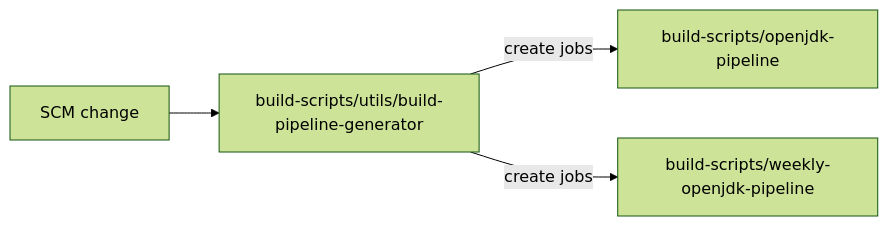
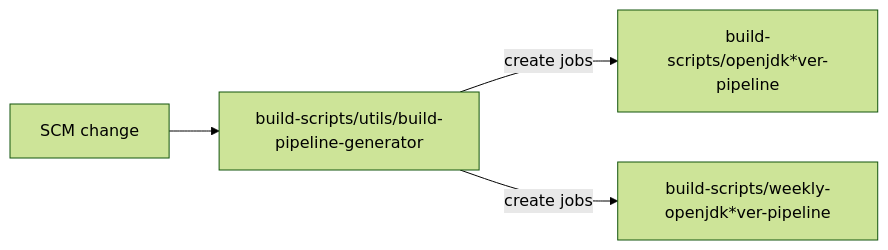
One commit to adoptium/ci-jenkins-pipelines changed the first of 9 diagrams in docs/diagram.md. Above: the diagram before and after it, drawn with Mermaid (forest theme). The commit also changed other lines of this file and 1 other file, not shown here.

````diff
--- a/docs/diagram.md
+++ b/docs/diagram.md
@@ -5,6 +5,6 @@
 ```mermaid
 flowchart  LR  
 Trigger[SCM change] --> Seed[build-scripts/utils/build-pipeline-generator]
-Seed --create jobs--> Pipelinen[build-scripts/openjdk<ver>-pipeline]
-Seed --create jobs--> Pipelinew[build-scripts/weekly-openjdk<ver>-pipeline]
+Seed --create jobs--> Pipelinen[build-scripts/openjdk*ver-pipeline]
+Seed --create jobs--> Pipelinew[build-scripts/weekly-openjdk*ver-pipeline]
 ```
````
